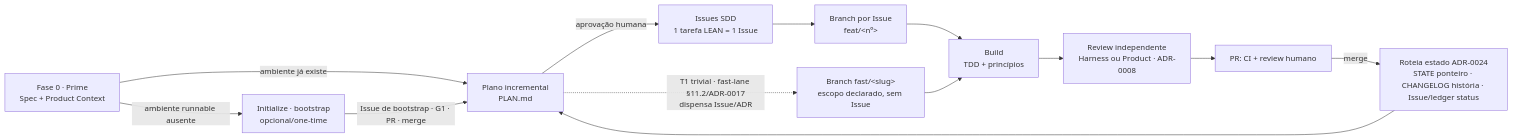
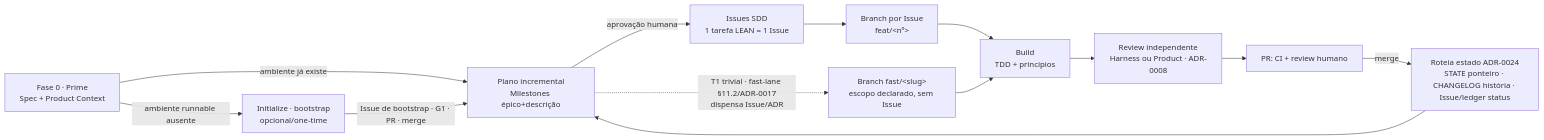
One commit to isaiane/OrionHarness changed the diagram in README.md. Above: the diagram before and after it, drawn with Mermaid. The commit also changed other lines of this file and 15 other files, not shown here.

First line of the commit message:
refactor(plan): estuba PLAN.md/docs/plans + §4 L1 Milestone+descrição (T9.3b, #140)

````diff
--- a/README.md
+++ b/README.md
@@ -49,15 +49,15 @@
 ```mermaid
 flowchart LR
     P[Fase 0 · Prime<br/>Spec + Product Context] -->|ambiente runnable ausente| I[Initialize · bootstrap<br/>opcional/one-time]
     P -->|ambiente já existe| A
     I -->|Issue de bootstrap · G1 · PR · merge| A
-    A[Plano incremental<br/>PLAN.md] -->|aprovação humana| B[Issues SDD<br/>1 tarefa LEAN = 1 Issue]
+    A[Plano incremental<br/>Milestones épico+descrição] -->|aprovação humana| B[Issues SDD<br/>1 tarefa LEAN = 1 Issue]
     A -.->|T1 trivial · fast-lane §11.2/ADR-0017<br/>dispensa Issue/ADR| FL[Branch fast/&lt;slug&gt;<br/>escopo declarado, sem Issue]
     B --> C[Branch por Issue<br/>feat/&lt;nº&gt;]
     C --> D[Build<br/>TDD + princípios]
     FL --> D
     D --> E[Review independente<br/>Harness ou Product · ADR-0008]
     E --> F[PR: CI + review humano]
     F -->|merge| G[Roteia estado ADR-0024<br/>STATE ponteiro · CHANGELOG história · Issue/ledger status]
     G --> A
 ```
````
